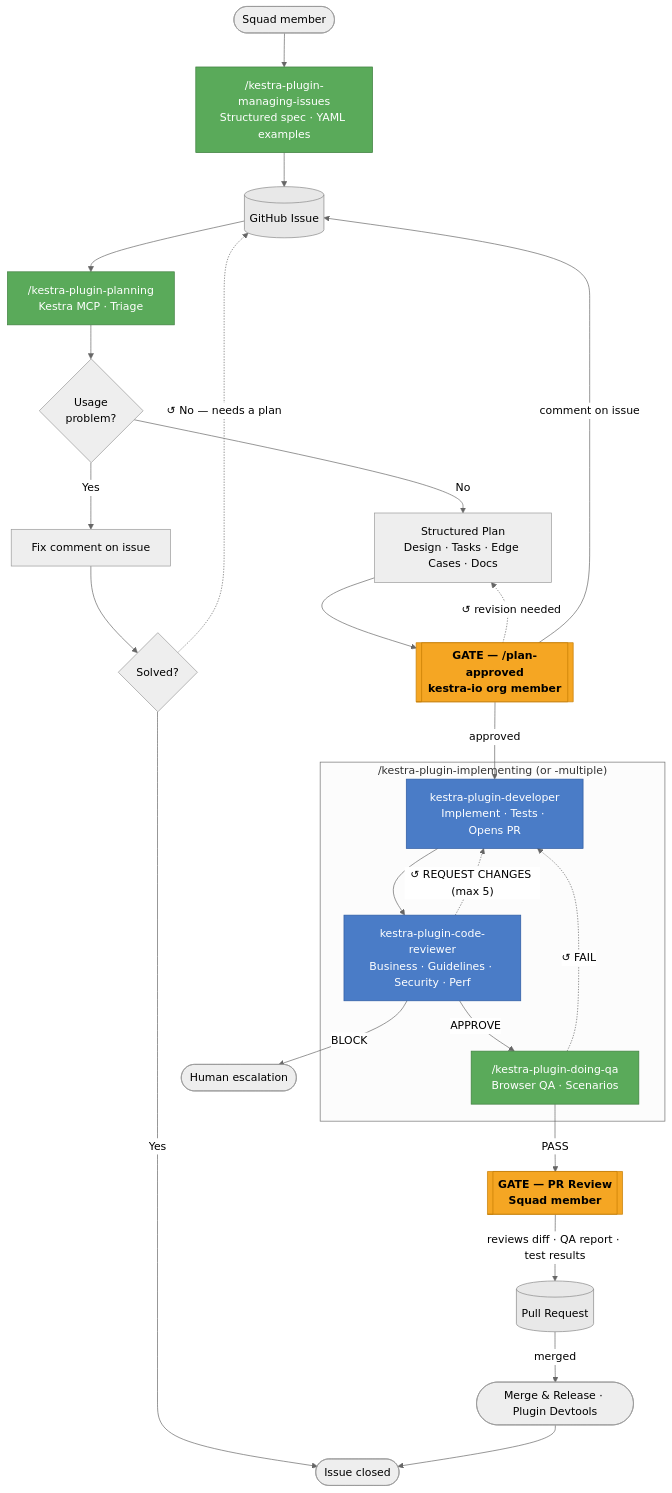
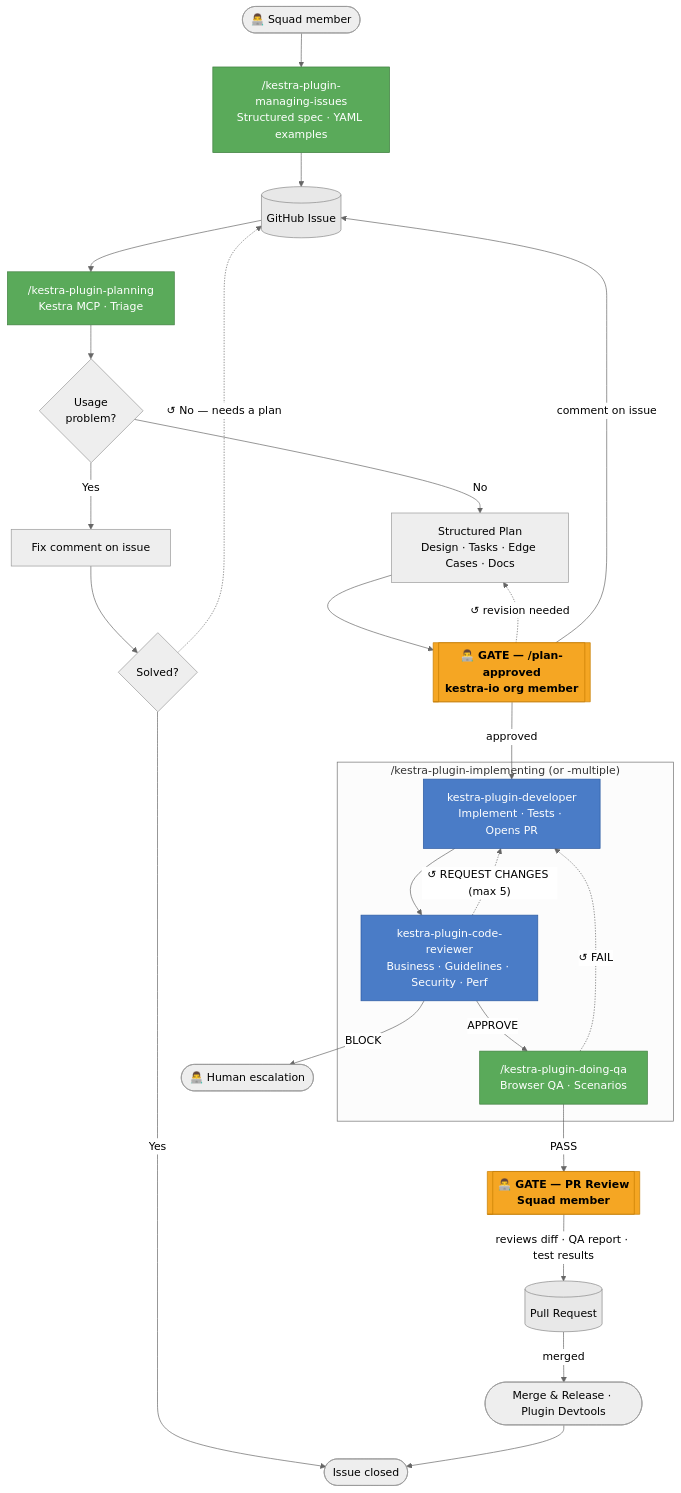
The diagram in src/contents/blogs/context-engineering-plugins-squad/index.md (kestra-io/docs), drawn with Mermaid (neutral theme) before and after one commit.

Commit message:
docs: add developer emoji on all squad member action nodes in diagram

````diff
--- a/src/contents/blogs/context-engineering-plugins-squad/index.md
+++ b/src/contents/blogs/context-engineering-plugins-squad/index.md
@@ -90,42 +90,42 @@
 ```mermaid
 flowchart TD
-    A([Squad member]) --> B
+    A(["👨‍💻 Squad member"]) --> B
     B["/kestra-plugin-managing-issues\nStructured spec · YAML examples"] --> GH
     GH[(GitHub Issue)] --> C
     C["/kestra-plugin-planning\nKestra MCP · Triage"] --> D{Usage\nproblem?}
     D -->|Yes| E[Fix comment on issue]
     E --> S{Solved?}
     S -->|Yes| DONE([Issue closed])
     S -.->|"↺ No — needs a plan"| GH
     D -->|No| F["Structured Plan\nDesign · Tasks · Edge Cases · Docs"]
-    F --> G[["GATE — /plan-approved\nkestra-io org member"]]
+    F --> G[["👨‍💻 GATE — /plan-approved\nkestra-io org member"]]
     G -.->|"↺ revision needed"| F
     G -->|"comment on issue"| GH
     G -->|approved| I
 
     subgraph IMPL["/kestra-plugin-implementing (or -multiple)"]
         I["kestra-plugin-developer\nImplement · Tests · Opens PR"]
         J["kestra-plugin-code-reviewer\nBusiness · Guidelines · Security · Perf"]
         L["/kestra-plugin-doing-qa\nBrowser QA · Scenarios"]
         I --> J
         J -.->|"↺ REQUEST CHANGES (max 5)"| I
         J -->|APPROVE| L
         L -.->|"↺ FAIL"| I
     end
 
-    J -->|BLOCK| K([Human escalation])
-    L -->|PASS| M[["GATE — PR Review\nSquad member"]]
+    J -->|BLOCK| K(["👨‍💻 Human escalation"])
+    L -->|PASS| M[["👨‍💻 GATE — PR Review\nSquad member"]]
     M -->|"reviews diff · QA report · test results"| PR[(Pull Request)]
     PR -->|merged| N([Merge & Release · Plugin Devtools])
     N --> DONE
 
     classDef humanGate fill:#f5a623,stroke:#c47d00,color:#000,font-weight:bold
     classDef agentStep fill:#4a7cc7,stroke:#2c5aa0,color:#fff
     classDef skillStep fill:#5aaa5a,stroke:#3d7d3d,color:#fff
     classDef artifact fill:#e8e8e8,stroke:#888,color:#000
 
     class G,M humanGate
     class I,J agentStep
     class B,C,L skillStep
     class GH,PR artifact
 ```
````
